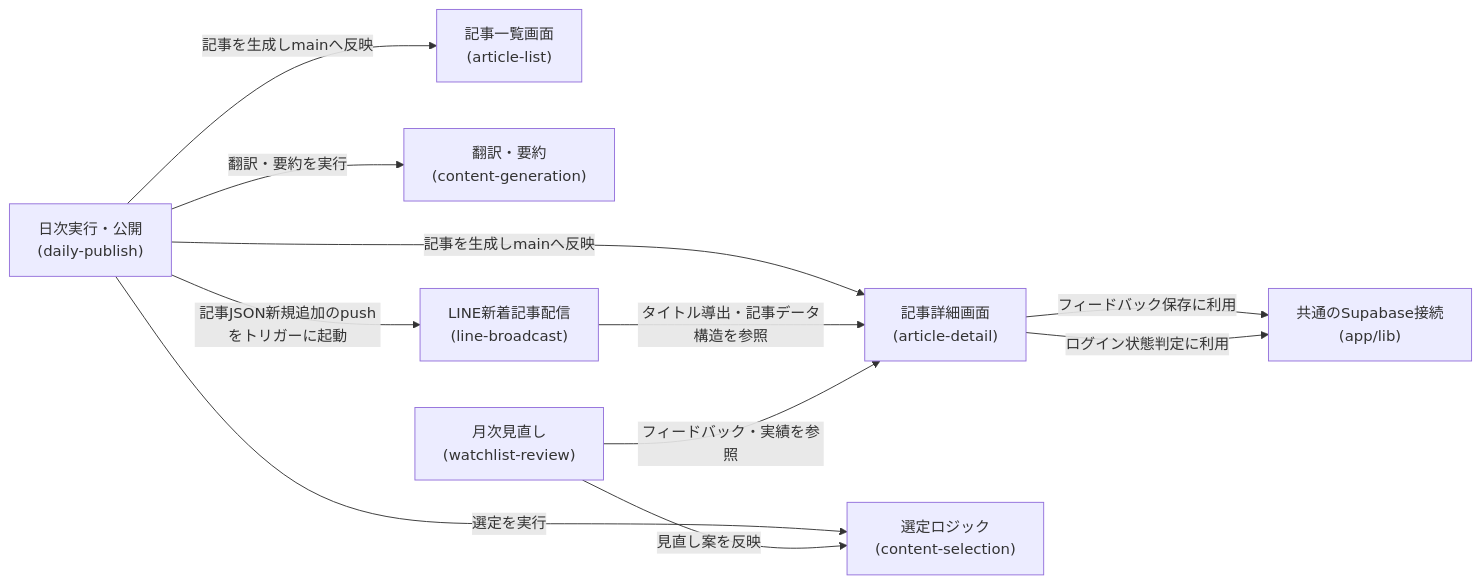
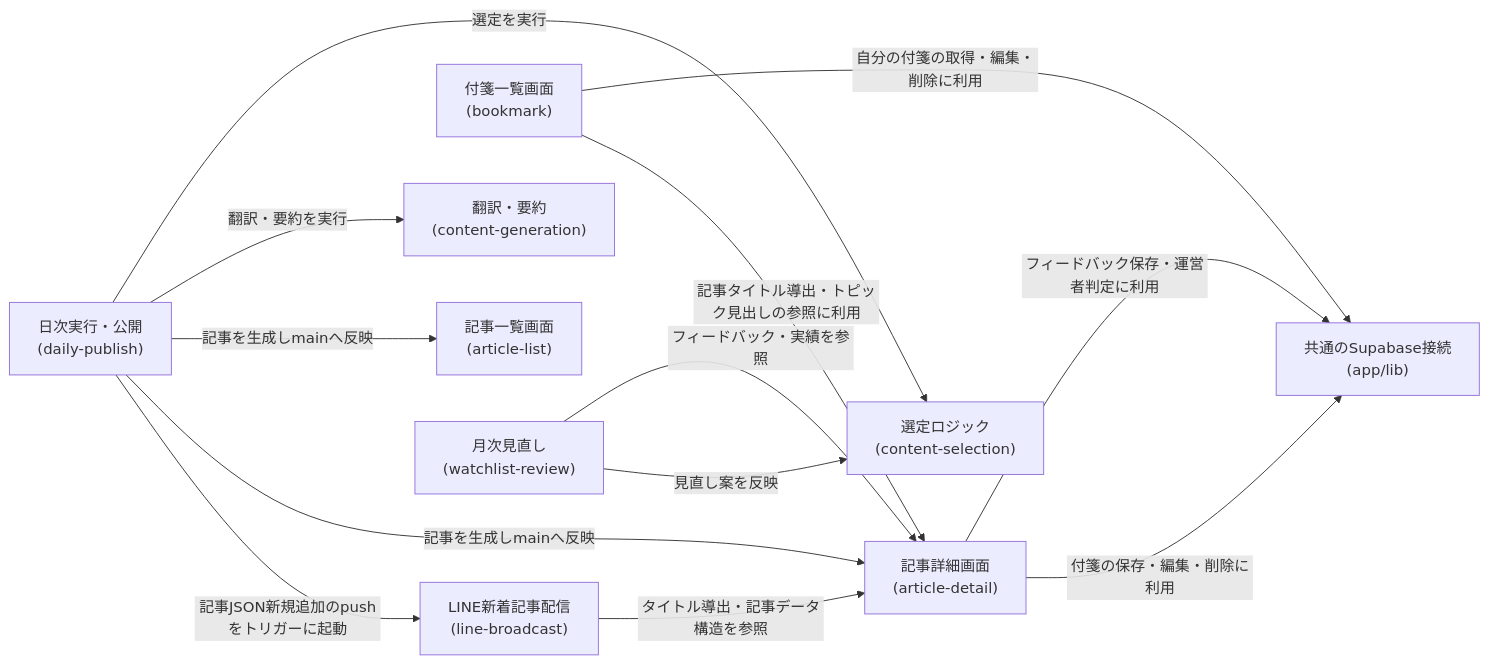
The second of 3 diagrams in specs/ai-dev-digest/architecture.md (zakiyama0108/benriyatool), drawn with Mermaid before and after one commit. The commit also changed other lines of this file and 6 other files, not shown here.

````diff
--- a/specs/ai-dev-digest/architecture.md
+++ b/specs/ai-dev-digest/architecture.md
@@ -85,22 +94,25 @@
 ```mermaid
 flowchart LR
     listScreen["記事一覧画面<br>(article-list)"]
     detailScreen["記事詳細画面<br>(article-detail)"]
+    bookmarkScreen["付箋一覧画面<br>(bookmark)"]
     selection["選定ロジック<br>(content-selection)"]
     generation["翻訳・要約<br>(content-generation)"]
     publish["日次実行・公開<br>(daily-publish)"]
     broadcast["LINE新着記事配信<br>(line-broadcast)"]
     review["月次見直し<br>(watchlist-review)"]
     client["共通のSupabase接続<br>(app/lib)"]
 
     publish -->|選定を実行| selection
     publish -->|翻訳・要約を実行| generation
     publish -->|記事を生成しmainへ反映| listScreen
     publish -->|記事を生成しmainへ反映| detailScreen
     publish -->|記事JSON新規追加のpushをトリガーに起動| broadcast
     broadcast -->|タイトル導出・記事データ構造を参照| detailScreen
-    detailScreen -->|フィードバック保存に利用| client
-    detailScreen -->|ログイン状態判定に利用| client
+    detailScreen -->|フィードバック保存・運営者判定に利用| client
+    detailScreen -->|付箋の保存・編集・削除に利用| client
+    bookmarkScreen -->|自分の付箋の取得・編集・削除に利用| client
+    bookmarkScreen -->|記事タイトル導出・トピック見出しの参照に利用| detailScreen
     review -->|フィードバック・実績を参照| detailScreen
     review -->|見直し案を反映| selection
 ```
````
